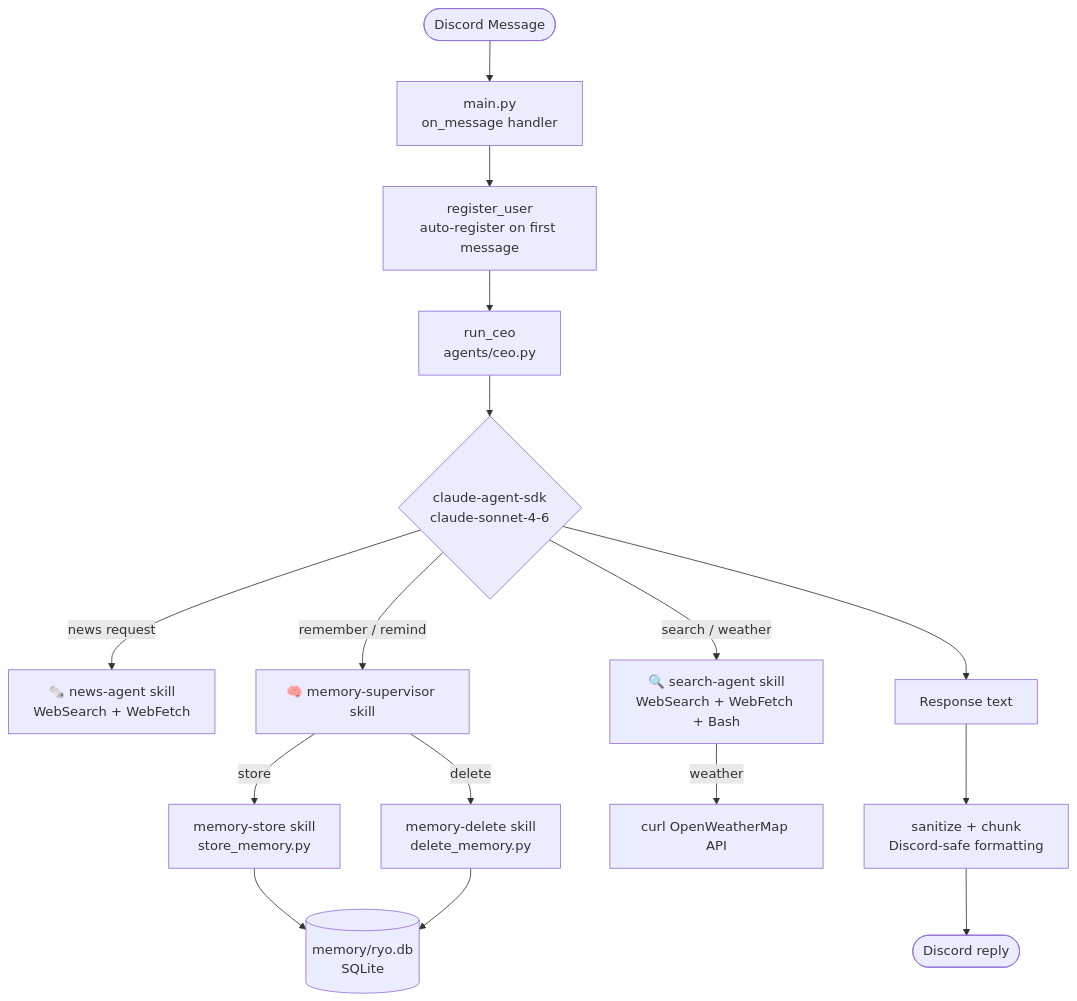
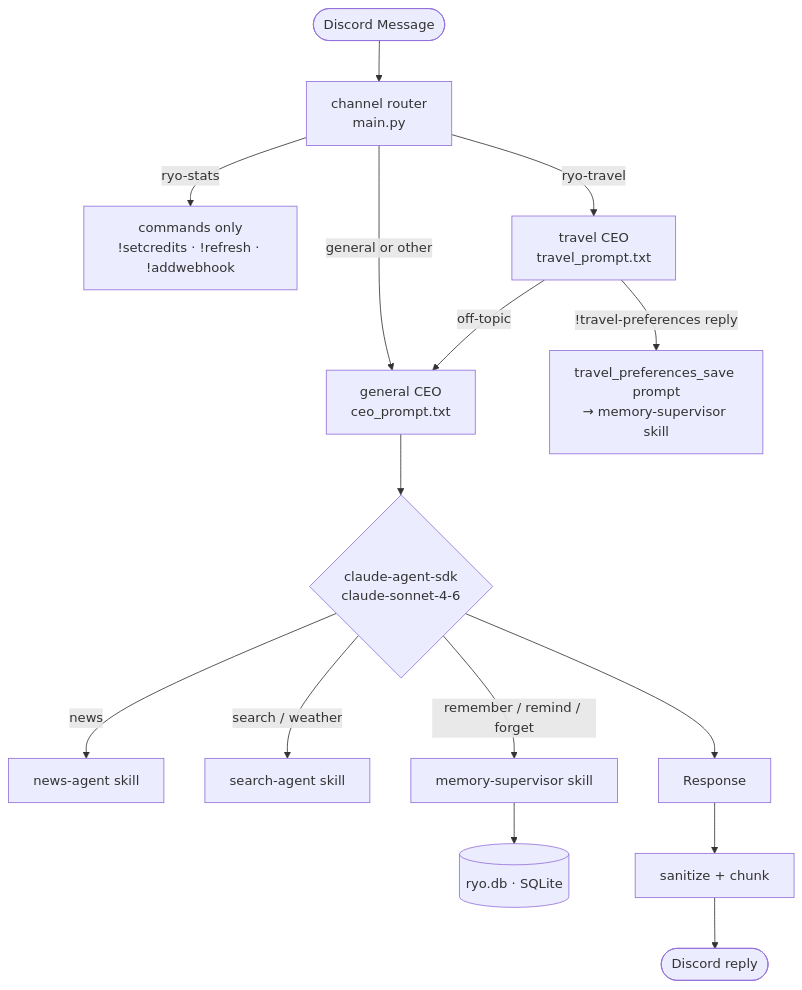
Before and after one commit to siddh30/RYO: the first of 3 diagrams in README.MD, drawn with Mermaid. The commit also changed other lines of this file, not shown here.

````diff
--- a/README.MD
+++ b/README.MD
@@ -52,21 +92,21 @@
 ```mermaid
 flowchart TD
-    A([Discord Message]) --> B[main.py\non_message handler]
-    B --> C[register_user\nauto-register on first message]
-    C --> D[run_ceo\nagents/ceo.py]
-    D --> E{claude-agent-sdk\nclaude-sonnet-4-6}
+    A([Discord Message]) --> B[channel router\nmain.py]
 
-    E -->|news request| F[🗞️ news-agent skill\nWebSearch + WebFetch]
-    E -->|search / weather| G[🔍 search-agent skill\nWebSearch + WebFetch + Bash]
-    E -->|remember / remind| H[🧠 memory-supervisor skill]
-    H -->|store| I[memory-store skill\nstore_memory.py]
-    H -->|delete| J[memory-delete skill\ndelete_memory.py]
+    B -->|ryo-stats| C[commands only\n!setcredits · !refresh · !addwebhook]
+    B -->|ryo-travel| D[travel CEO\ntravel_prompt.txt]
+    B -->|general or other| E[general CEO\nceo_prompt.txt]
 
-    I --> K[(memory/ryo.db\nSQLite)]
-    J --> K
-    G -->|weather| L[curl OpenWeatherMap API]
+    D -->|off-topic| E
+    D -->|!travel-preferences reply| F[travel_preferences_save prompt\n→ memory-supervisor skill]
 
-    E --> M[Response text]
-    M --> N[sanitize + chunk\nDiscord-safe formatting]
-    N --> O([Discord reply])
+    E --> G{claude-agent-sdk\nclaude-sonnet-4-6}
+    G -->|news| H[news-agent skill]
+    G -->|search / weather| I[search-agent skill]
+    G -->|remember / remind / forget| J[memory-supervisor skill]
+    J --> K[(ryo.db · SQLite)]
+
+    G --> L[Response]
+    L --> M[sanitize + chunk]
+    M --> N([Discord reply])
 ```
````
